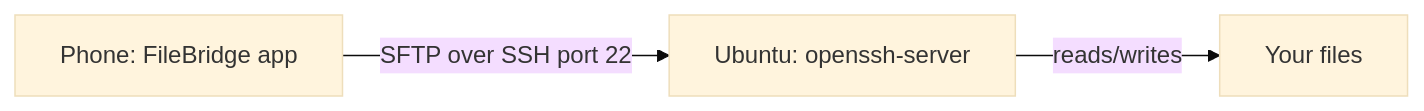
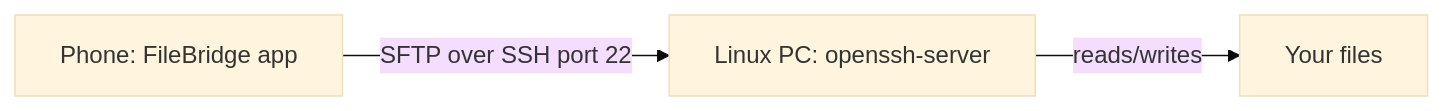
Before and after one commit to TheeFulcrum/FileBridge: the diagram in README.md, drawn with Mermaid (base theme). The commit also changed other lines of this file, not shown here.

Commit message:
Clarify Linux distribution compatibility in README

````diff
--- a/README.md
+++ b/README.md
@@ -23,5 +23,5 @@
 ```mermaid
 flowchart LR
-  A[Phone: FileBridge app] -- SFTP over SSH port 22 --> B[Ubuntu: openssh-server]
+  A[Phone: FileBridge app] -- SFTP over SSH port 22 --> B[Linux PC: openssh-server]
   B -- reads/writes --> C[Your files]
 ```
````
